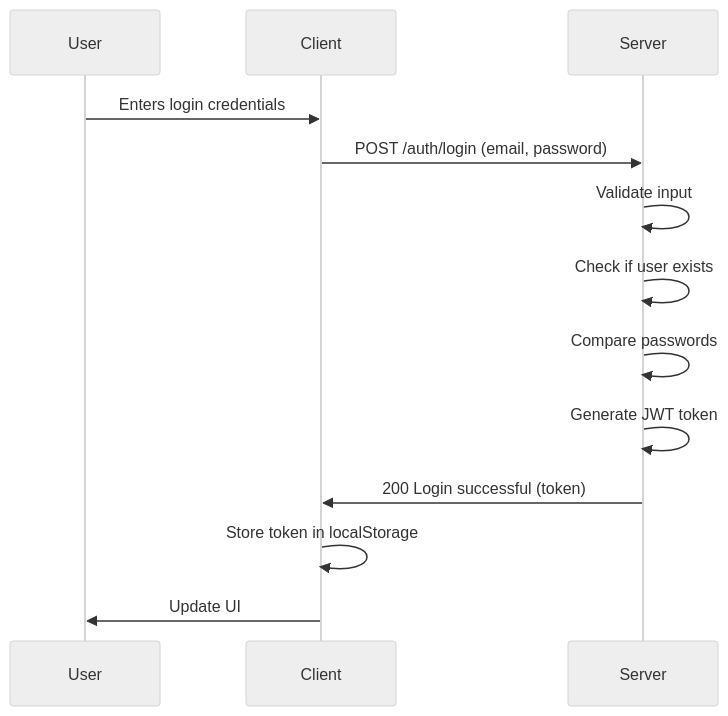
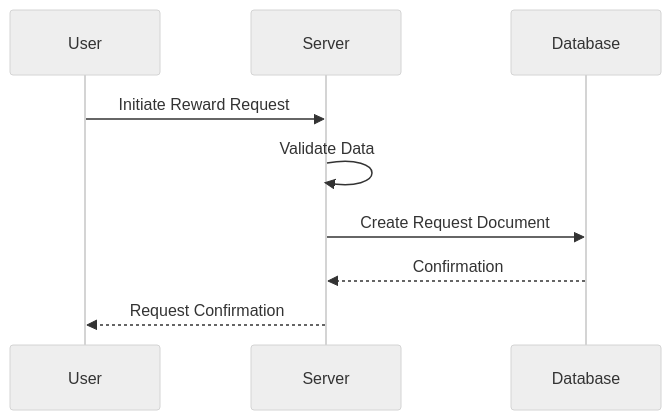
Before and after one commit to sreecharan-desu/reXa: the fourth of 12 diagrams in README.md, drawn with Mermaid (neutral theme). The commit also changed other lines of this file, not shown here.

````diff
--- a/README.md
+++ b/README.md
@@ -1177,15 +795,12 @@
 ```mermaid
 sequenceDiagram
     participant User
-    participant Client
     participant Server
-    User->>Client: Enters login credentials
-    Client->>Server: POST /auth/login (email, password)
-    Server->>Server: Validate input
-    Server->>Server: Check if user exists
-    Server->>Server: Compare passwords
-    Server->>Server: Generate JWT token
-    Server->>Client: 200 Login successful (token)
-    Client->>Client: Store token in localStorage
-    Client->>User: Update UI
+    participant Database
+
+    User->>Server: Initiate Reward Request
+    Server->>Server: Validate Data
+    Server->>Database: Create Request Document
+    Database-->>Server: Confirmation
+    Server-->>User: Request Confirmation
 ```
````
